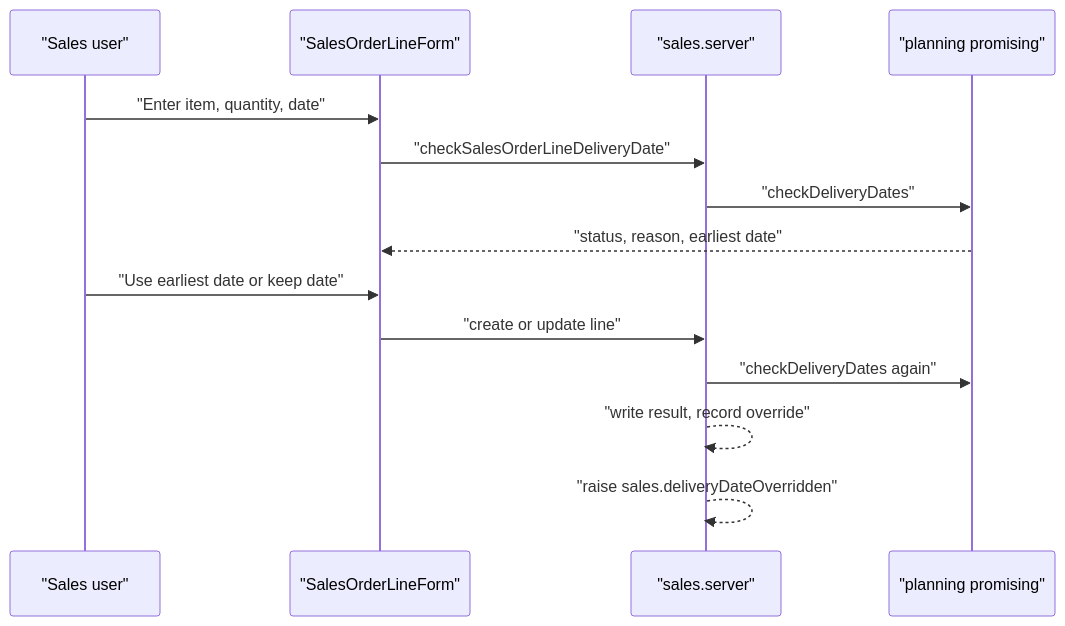
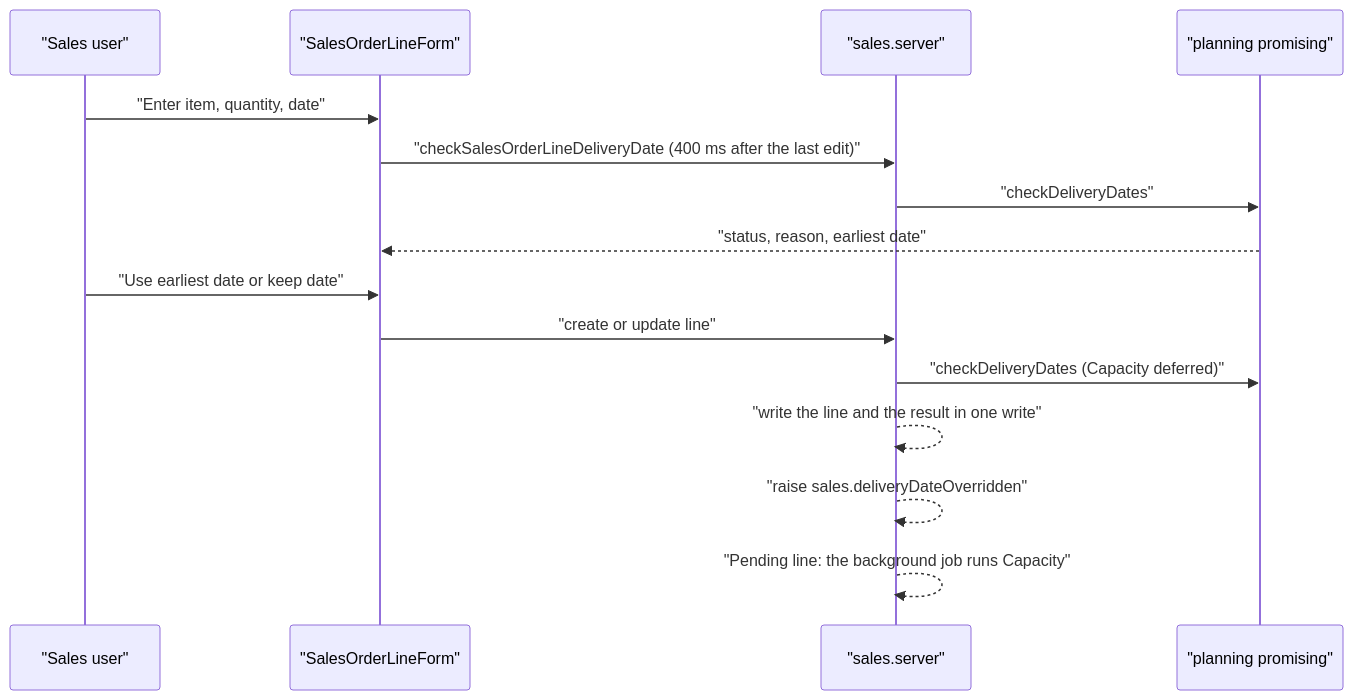
Before and after one commit to crbnos/carbon: the diagram in .ai/specs/2026-11-10-sales-order-delivery-date-check.md, drawn with Mermaid. The commit also changed other lines of this file and 2 other files, not shown here.

First line of the commit message:
fix(sales): the delivery date spinner shows only for a slow check

````diff
--- a/.ai/specs/2026-11-10-sales-order-delivery-date-check.md
+++ b/.ai/specs/2026-11-10-sales-order-delivery-date-check.md
@@ -19,16 +19,17 @@
 ```mermaid
 sequenceDiagram
     participant U as "Sales user"
     participant F as "SalesOrderLineForm"
     participant S as "sales.server"
     participant P as "planning promising"
     U->>F: "Enter item, quantity, date"
-    F->>S: "checkSalesOrderLineDeliveryDate"
+    F->>S: "checkSalesOrderLineDeliveryDate (400 ms after the last edit)"
     S->>P: "checkDeliveryDates"
     P-->>F: "status, reason, earliest date"
     U->>F: "Use earliest date or keep date"
     F->>S: "create or update line"
-    S->>P: "checkDeliveryDates again"
-    S-->>S: "write result, record override"
+    S->>P: "checkDeliveryDates (Capacity deferred)"
+    S-->>S: "write the line and the result in one write"
     S-->>S: "raise sales.deliveryDateOverridden"
+    S-->>S: "Pending line: the background job runs Capacity"
 ```
````
